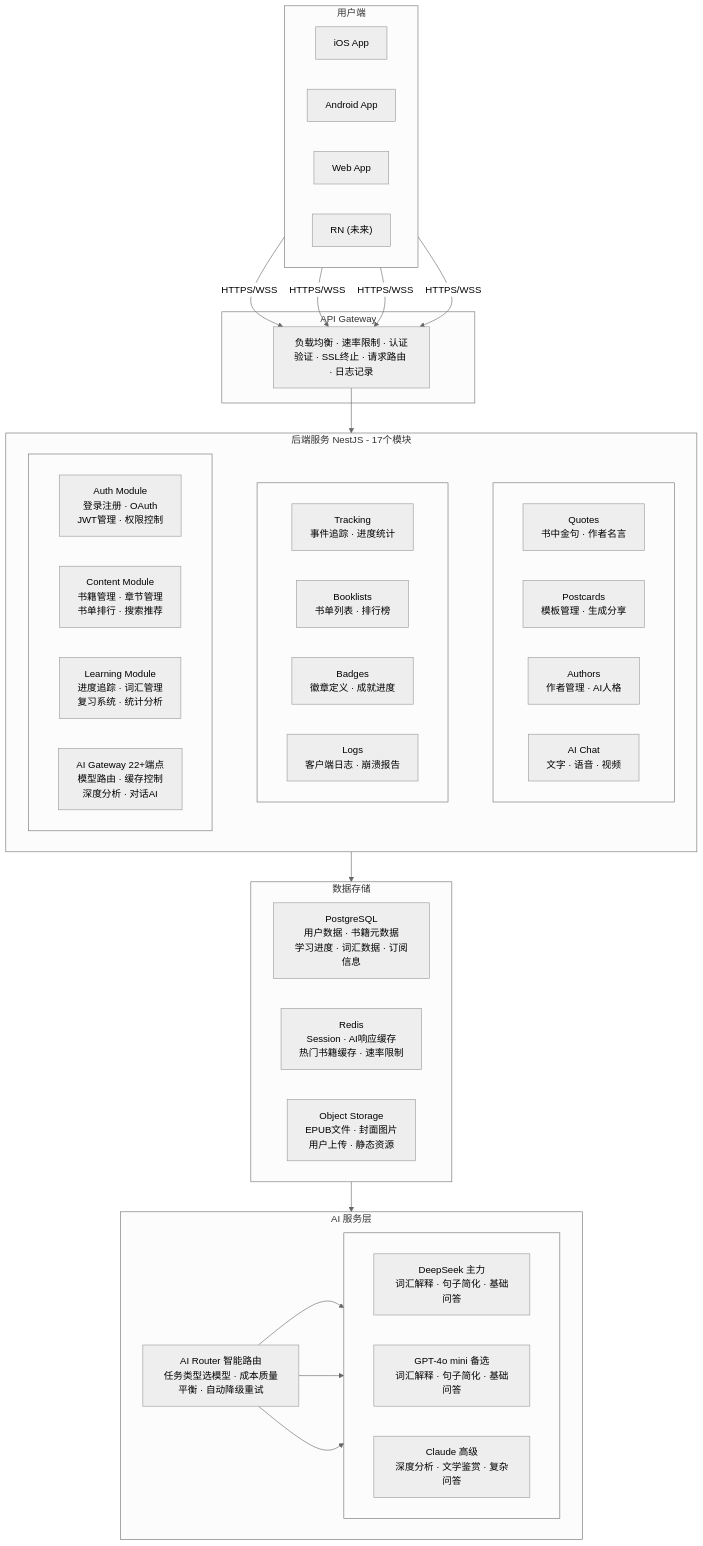
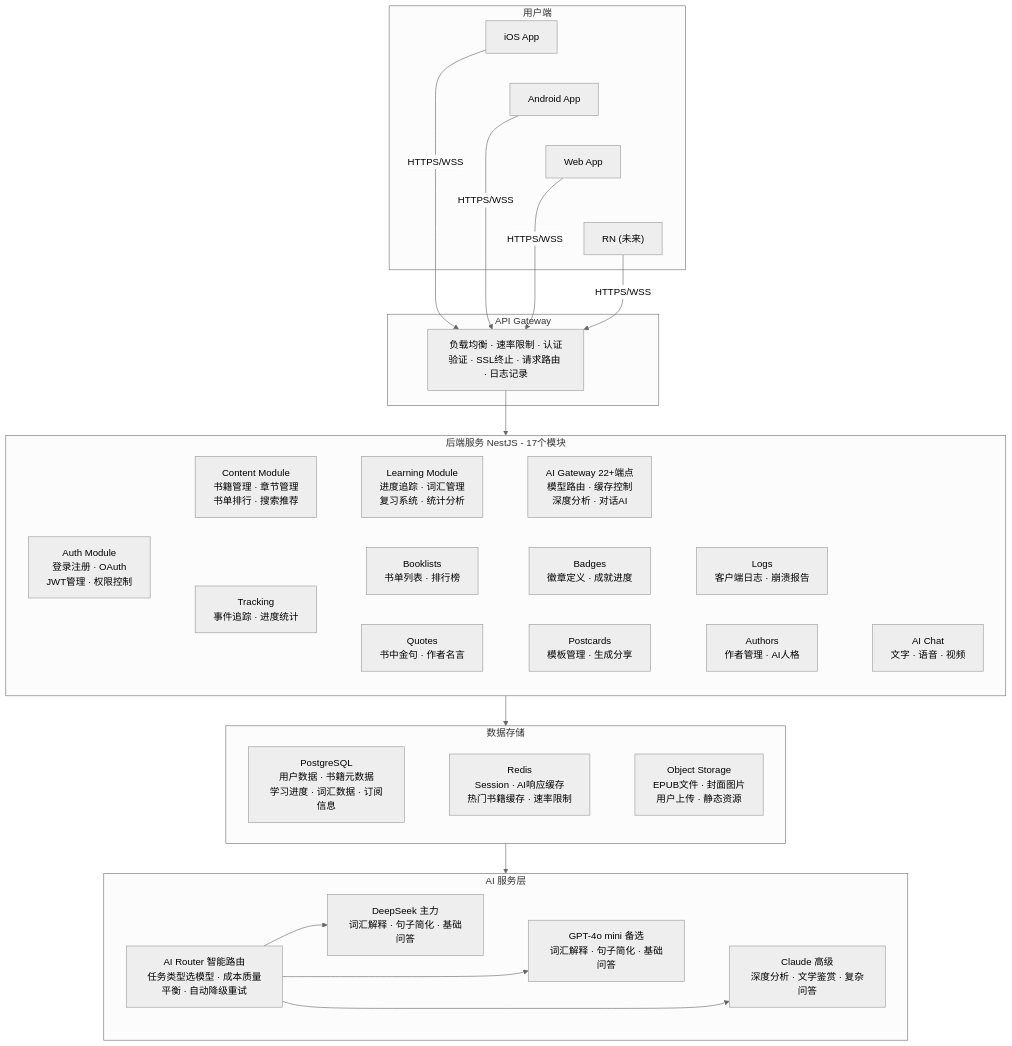
One commit to readmigo/docs changed the first of 2 diagrams in 03-architecture/system-architecture.md. Above: the diagram before and after it, drawn with Mermaid (neutral theme).

Commit message:
fix: use br tags for mermaid line breaks and fix grid layout

````diff
--- a/03-architecture/system-architecture.md
+++ b/03-architecture/system-architecture.md
@@ -5,70 +5,40 @@
 ```mermaid
 graph TD
     subgraph UserLayer["用户端"]
-        direction LR
-        iOS[iOS App]
-        Android[Android App]
-        Web[Web App]
-        RN["RN (未来)"]
+        iOS[iOS App] ~~~ Android[Android App] ~~~ Web[Web App] ~~~ RN["RN (未来)"]
     end
 
     subgraph GW["API Gateway"]
         Gateway["负载均衡 · 速率限制 · 认证验证 · SSL终止 · 请求路由 · 日志记录"]
     end
 
     iOS -->|HTTPS/WSS| Gateway
     Android -->|HTTPS/WSS| Gateway
     Web -->|HTTPS/WSS| Gateway
     RN -->|HTTPS/WSS| Gateway
 
     subgraph Backend["后端服务 NestJS - 17个模块"]
-        subgraph Row1[" "]
-            direction LR
-            Auth["Auth Module\n登录注册 · OAuth\nJWT管理 · 权限控制"]
-            Content["Content Module\n书籍管理 · 章节管理\n书单排行 · 搜索推荐"]
-            Learning["Learning Module\n进度追踪 · 词汇管理\n复习系统 · 统计分析"]
-            AIGw["AI Gateway 22+端点\n模型路由 · 缓存控制\n深度分析 · 对话AI"]
-        end
-        subgraph Row2[" "]
-            direction LR
-            Tracking["Tracking\n事件追踪 · 进度统计"]
-            Booklists["Booklists\n书单列表 · 排行榜"]
-            Badges["Badges\n徽章定义 · 成就进度"]
-            Logs["Logs\n客户端日志 · 崩溃报告"]
-        end
-        subgraph Row3[" "]
-            direction LR
-            Quotes["Quotes\n书中金句 · 作者名言"]
-            Postcards["Postcards\n模板管理 · 生成分享"]
-            Authors["Authors\n作者管理 · AI人格"]
-            AIChat["AI Chat\n文字 · 语音 · 视频"]
-        end
-        Row1 ~~~ Row2 ~~~ Row3
+        Auth["Auth Module<br>登录注册 · OAuth<br>JWT管理 · 权限控制"] ~~~ Content["Content Module<br>书籍管理 · 章节管理<br>书单排行 · 搜索推荐"] ~~~ Learning["Learning Module<br>进度追踪 · 词汇管理<br>复习系统 · 统计分析"] ~~~ AIGw["AI Gateway 22+端点<br>模型路由 · 缓存控制<br>深度分析 · 对话AI"]
+        Tracking["Tracking<br>事件追踪 · 进度统计"] ~~~ Booklists["Booklists<br>书单列表 · 排行榜"] ~~~ Badges["Badges<br>徽章定义 · 成就进度"] ~~~ Logs["Logs<br>客户端日志 · 崩溃报告"]
+        Quotes["Quotes<br>书中金句 · 作者名言"] ~~~ Postcards["Postcards<br>模板管理 · 生成分享"] ~~~ Authors["Authors<br>作者管理 · AI人格"] ~~~ AIChat["AI Chat<br>文字 · 语音 · 视频"]
+        Auth ~~~ Tracking ~~~ Quotes
     end
 
     Gateway --> Backend
 
     subgraph Storage["数据存储"]
-        direction LR
-        PG["PostgreSQL\n用户数据 · 书籍元数据\n学习进度 · 词汇数据 · 订阅信息"]
-        Redis["Redis\nSession · AI响应缓存\n热门书籍缓存 · 速率限制"]
-        ObjStore["Object Storage\nEPUB文件 · 封面图片\n用户上传 · 静态资源"]
+        PG["PostgreSQL<br>用户数据 · 书籍元数据<br>学习进度 · 词汇数据 · 订阅信息"] ~~~ Redis["Redis<br>Session · AI响应缓存<br>热门书籍缓存 · 速率限制"] ~~~ ObjStore["Object Storage<br>EPUB文件 · 封面图片<br>用户上传 · 静态资源"]
     end
 
     Backend --> Storage
 
     subgraph AILayer["AI 服务层"]
-        Router["AI Router 智能路由\n任务类型选模型 · 成本质量平衡 · 自动降级重试"]
-        subgraph Models[" "]
-            direction LR
-            DeepSeek["DeepSeek 主力\n词汇解释 · 句子简化 · 基础问答"]
-            GPT["GPT-4o mini 备选\n词汇解释 · 句子简化 · 基础问答"]
-            Claude["Claude 高级\n深度分析 · 文学鉴赏 · 复杂问答"]
-        end
+        Router["AI Router 智能路由<br>任务类型选模型 · 成本质量平衡 · 自动降级重试"]
+        DeepSeek["DeepSeek 主力<br>词汇解释 · 句子简化 · 基础问答"] ~~~ GPT["GPT-4o mini 备选<br>词汇解释 · 句子简化 · 基础问答"] ~~~ Claude["Claude 高级<br>深度分析 · 文学鉴赏 · 复杂问答"]
         Router --> DeepSeek
         Router --> GPT
         Router --> Claude
     end
 
     Storage --> AILayer
 ```
````
